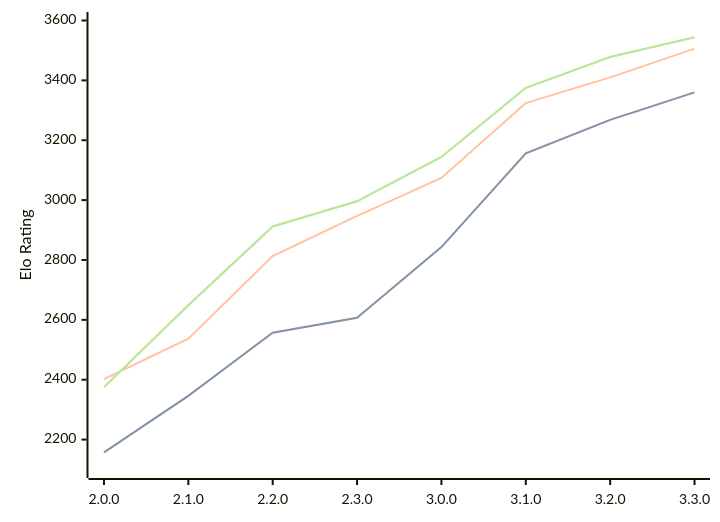
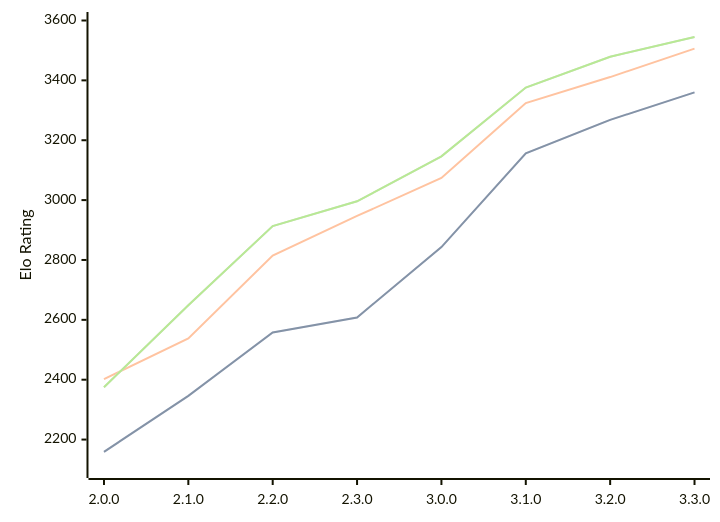
Before and after one commit to computer-chess-index/cci: the diagram in engines/Raphael.md, drawn with Mermaid. The commit also changed other lines of this file, not shown here.

Commit message:
Update CCI Ratings (ELO VLTC) - 2026-04-22

````diff
--- a/engines/Raphael.md
+++ b/engines/Raphael.md
@@ -50,11 +50,11 @@
 ```mermaid
 %%{init: {"theme":"base","themeVariables":{"seriesColors:['#a3a3a3','#222221','#faa371']}}}%%
 xychart-beta
   x-axis ["2.0.0", "2.1.0", "2.2.0", "2.3.0", "3.0.0", "3.1.0", "3.2.0", "3.3.0"]
   y-axis "Elo Rating" 2100 --> 3600
-  line "STC (8.0+0.08s)" [2157, 2346, 2557, 2607, 2843, 3156, 3268, 3360]
-  line "STC (8.0+0.08s)" [2157, 2346, 2557, 2607, 2843, 3156, 3268, 3360]
-  line "LTC (60.0+0.60s)" [2402, 2537, 2813, 2947, 3074, 3324, 3410, 3506]
-  line "VLTC (2m24s+1.12s)" [2375, 2649, 2912, 2996, 3144, 3375, 3478, 3544]
-  line "VLTC (2m24s+1.12s)" [2375, 2649, 2912, 2996, 3144, 3375, 3478, 3544]
+  line "STC (8.0+0.08s)" [2159, 2346, 2558, 2608, 2843, 3156, 3268, 3360]
+  line "STC (8.0+0.08s)" [2159, 2346, 2558, 2608, 2843, 3156, 3268, 3360]
+  line "LTC (60.0+0.60s)" [2402, 2538, 2815, 2947, 3074, 3324, 3411, 3506]
+  line "VLTC (2m24s+1.12s)" [2375, 2649, 2913, 2996, 3146, 3376, 3479, 3545]
+  line "VLTC (2m24s+1.12s)" [2375, 2649, 2913, 2996, 3146, 3376, 3479, 3545]
 ```
````
